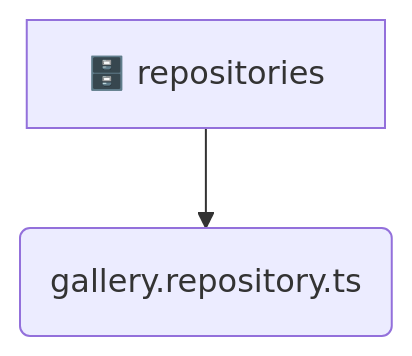
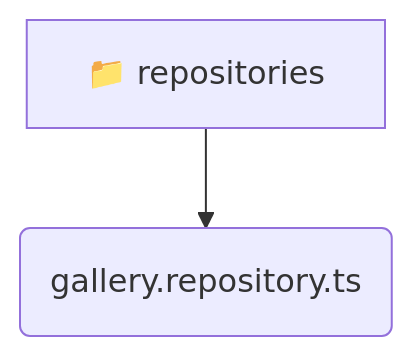
One commit to beginwebdev2002/fullstack-mavluda changed the diagram in backend/src/modules/gallery/infrastructure/repositories/README.md. Above: the diagram before and after it, drawn with Mermaid. The commit also changed other lines of this file and 155 other files, not shown here.

````diff
--- a/backend/src/modules/gallery/infrastructure/repositories/README.md
+++ b/backend/src/modules/gallery/infrastructure/repositories/README.md
@@ -9,5 +9,5 @@
 ```mermaid
 graph TD
-  repositories[🗄️ repositories]
-  repositories --> gallery_repository_ts(gallery.repository.ts)
+  repositories[📁 repositories]
+  repositories --> repositories_gallery_repository_ts(gallery.repository.ts)
 ```
````
